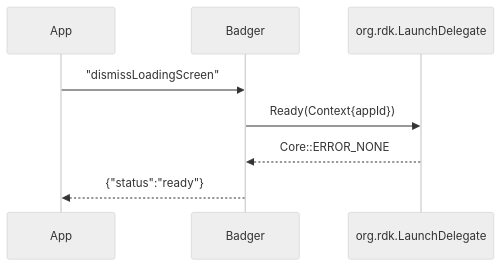
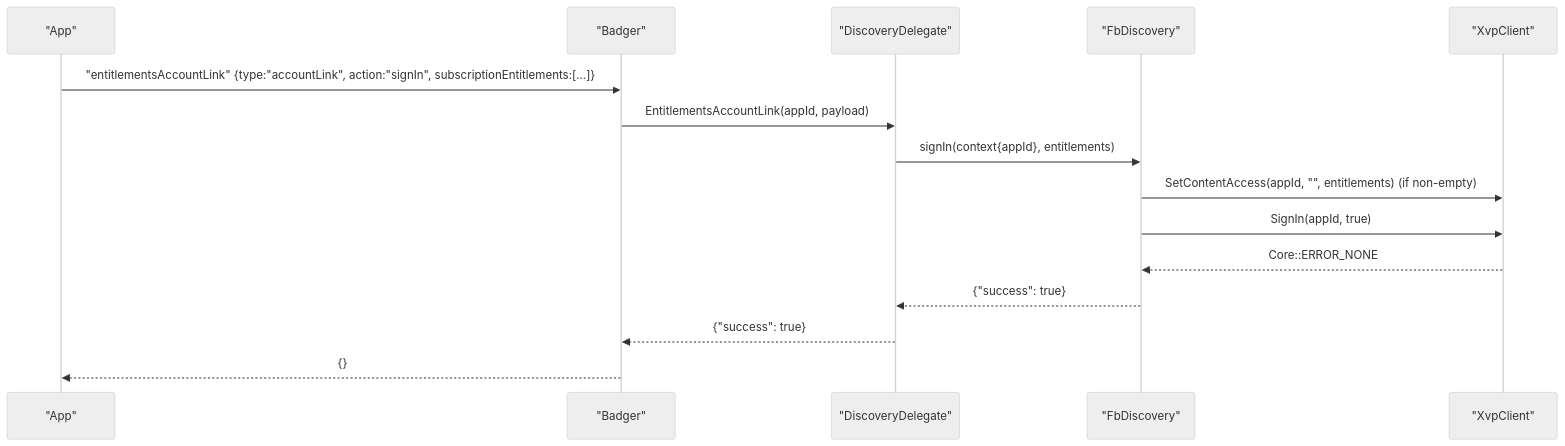
One commit to Naveennat/app-gateway2 changed the second of 5 diagrams in kavia-docs/entitlements-xvp-delegate-design.md. Above: the diagram before and after it, drawn with Mermaid (neutral theme). The commit also changed other lines of this file and 21 other files, not shown here.

````diff
--- a/kavia-docs/entitlements-xvp-delegate-design.md
+++ b/kavia-docs/entitlements-xvp-delegate-design.md
@@ -234,10 +238,18 @@
 ```mermaid
 sequenceDiagram
-  participant App as App
-  participant Badger as Badger
-  participant Launch as org.rdk.LaunchDelegate
-  App->>Badger: "dismissLoadingScreen"
-  Badger->>Launch: Ready(Context{appId})
-  Launch-->>Badger: Core::ERROR_NONE
-  Badger-->>App: {"status":"ready"}
+  participant App as "App"
+  participant Badger as "Badger"
+  participant Dlg as "DiscoveryDelegate"
+  participant Disc as "FbDiscovery"
+  participant XVP as "XvpClient"
+
+  App->>Badger: "entitlementsAccountLink" {type:"accountLink", action:"signIn", subscriptionEntitlements:[...]}
+  Badger->>Dlg: EntitlementsAccountLink(appId, payload)
+  Dlg->>Disc: signIn(context{appId}, entitlements)
+  Disc->>XVP: SetContentAccess(appId, "", entitlements) (if non-empty)
+  Disc->>XVP: SignIn(appId, true)
+  XVP-->>Disc: Core::ERROR_NONE
+  Disc-->>Dlg: {"success": true}
+  Dlg-->>Badger: {"success": true}
+  Badger-->>App: {}
 ```
````
